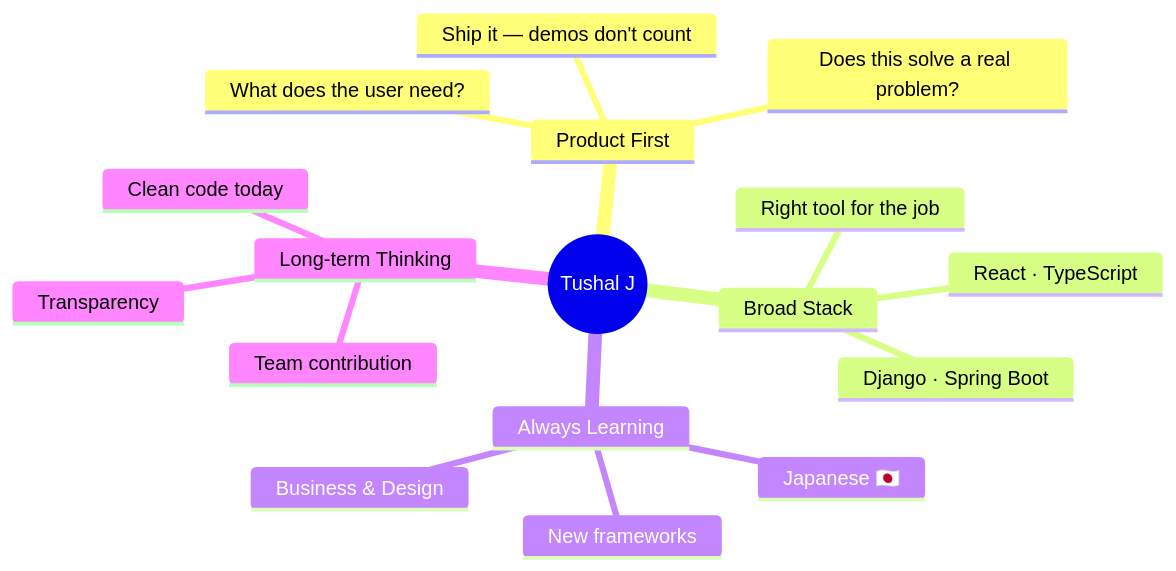
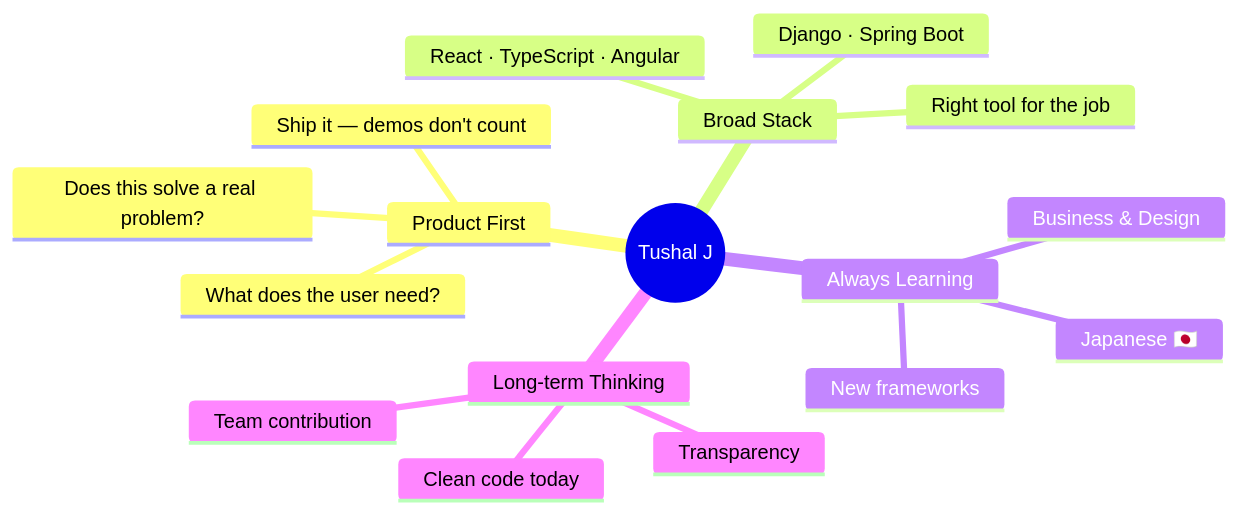
Before and after one commit to Tushal27/Tushal27: the diagram in README.md, drawn with Mermaid. The commit also changed other lines of this file, not shown here.

````diff
--- a/README.md
+++ b/README.md
@@ -85,20 +79,20 @@
 ```mermaid
 mindmap
   root((Tushal J))
     Product First
       What does the user need?
       Does this solve a real problem?
       Ship it — demos don't count
     Broad Stack
-      React · TypeScript
+      React · TypeScript · Angular
       Django · Spring Boot
       Right tool for the job
     Always Learning
       Japanese 🇯🇵
       New frameworks
       Business & Design
     Long-term Thinking
       Clean code today
       Team contribution
       Transparency
 ```
````
